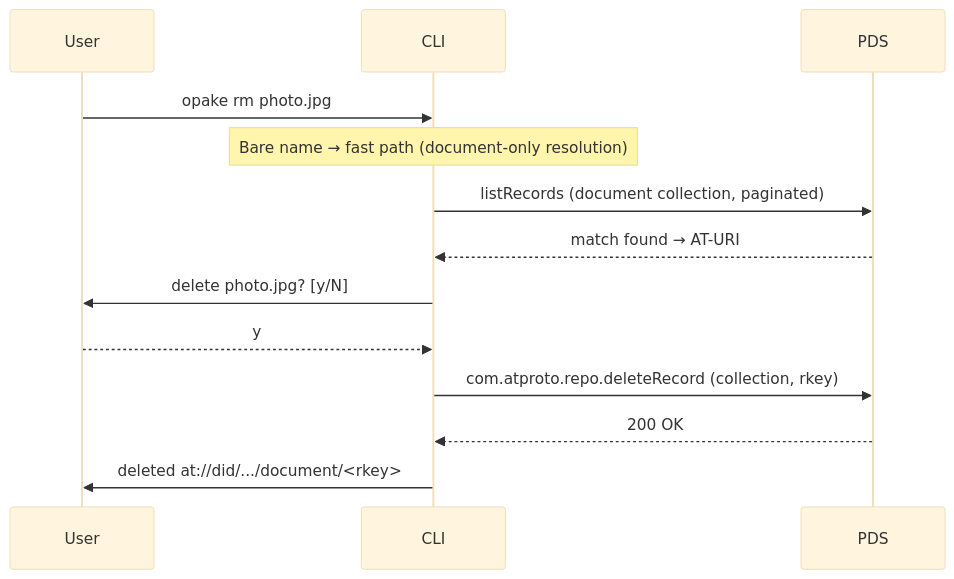
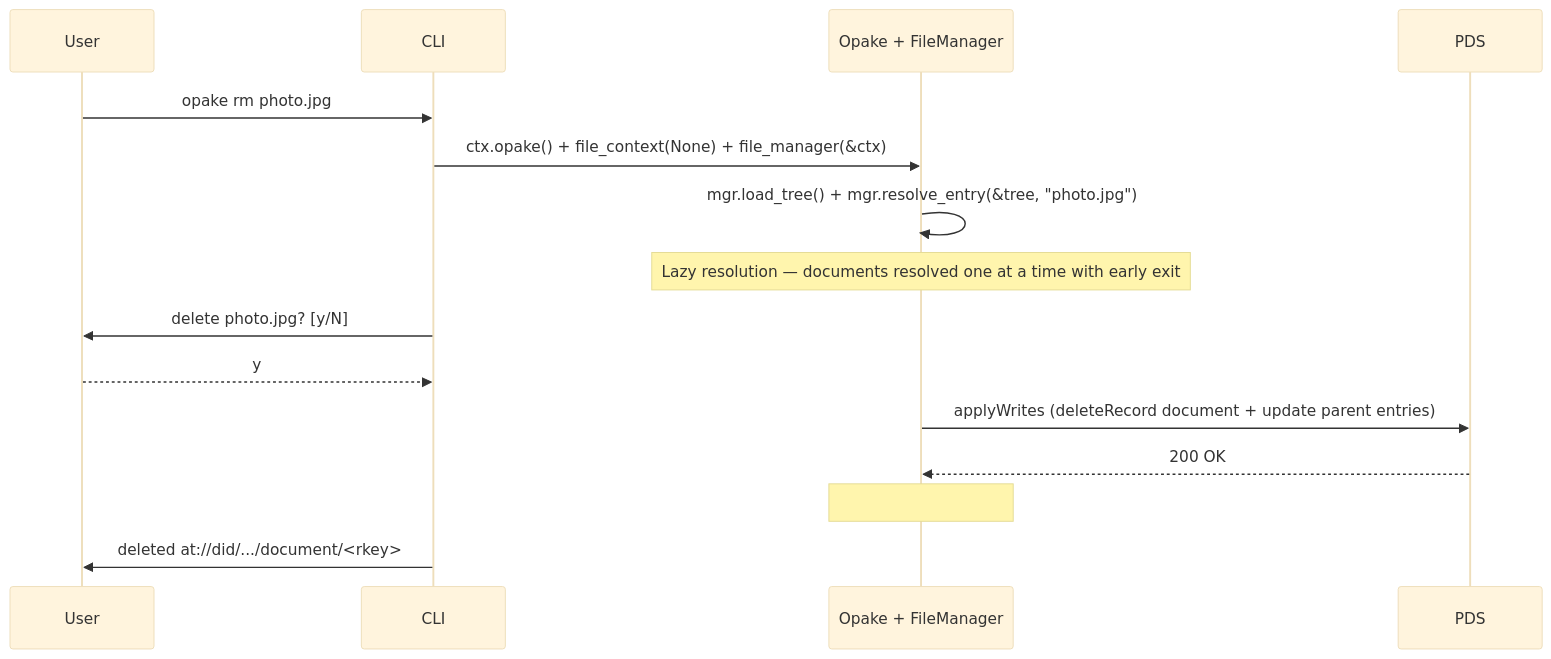
Before and after one commit to Sans-Self/Opake: the fifth of 5 diagrams in docs/flows/documents.md, drawn with Mermaid (base theme). The commit also changed other lines of this file and 363 other files, not shown here.

````diff
--- a/docs/flows/documents.md
+++ b/docs/flows/documents.md
@@ -141,20 +152,23 @@
 ```mermaid
 sequenceDiagram
     participant User
     participant CLI
+    participant Opake as Opake + FileManager
     participant PDS
 
     User->>CLI: opake rm photo.jpg
 
-    Note over CLI: Bare name → fast path (document-only resolution)
-    CLI->>PDS: listRecords (document collection, paginated)
-    PDS-->>CLI: match found → AT-URI
+    CLI->>Opake: ctx.opake() + file_context(None) + file_manager(&ctx)
+    Opake->>Opake: mgr.load_tree() + mgr.resolve_entry(&tree, "photo.jpg")
+    Note over Opake: Lazy resolution — documents resolved one at a time with early exit
 
     CLI->>User: delete photo.jpg? [y/N]
     User-->>CLI: y
 
-    CLI->>PDS: com.atproto.repo.deleteRecord (collection, rkey)
-    PDS-->>CLI: 200 OK
+    Opake->>PDS: applyWrites (deleteRecord document + update parent entries)
+    PDS-->>Opake: 200 OK
+
+    Note over Opake: #[signoff] auto-persists session if refreshed
 
     CLI->>User: deleted at://did/.../document/<rkey>
 ```
````
